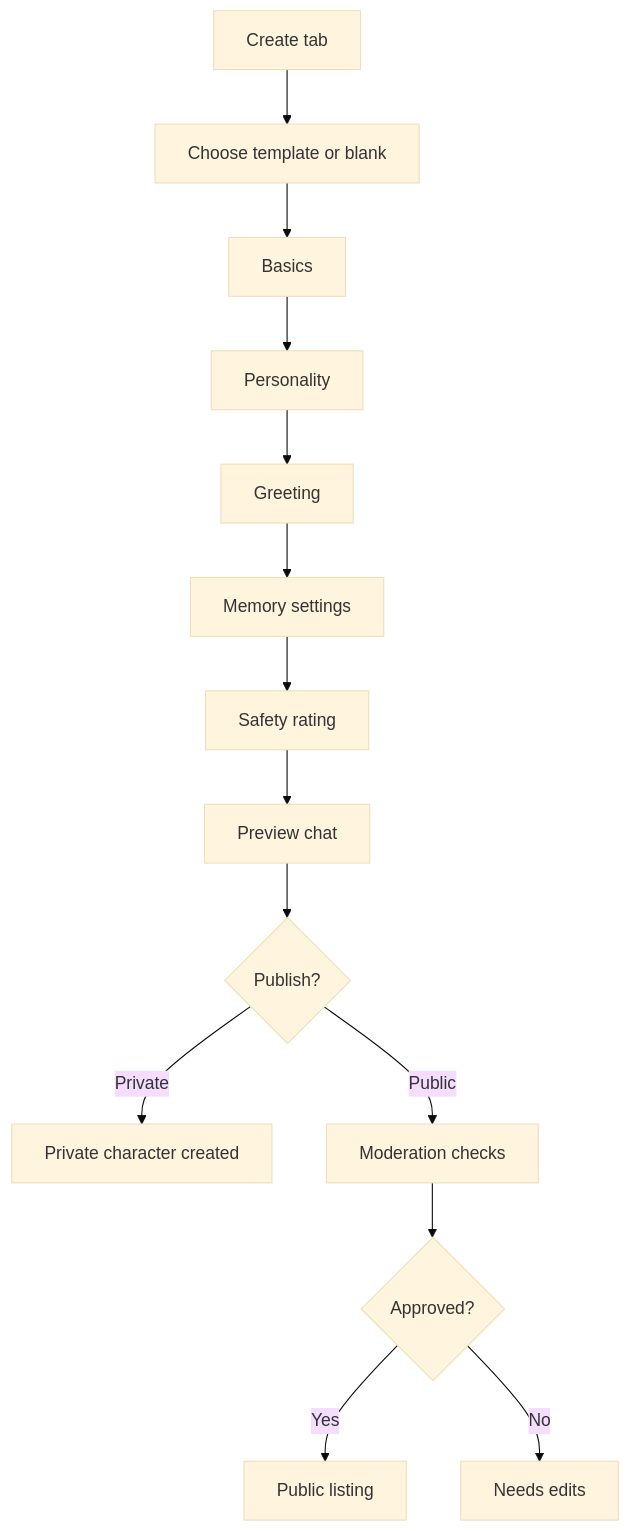
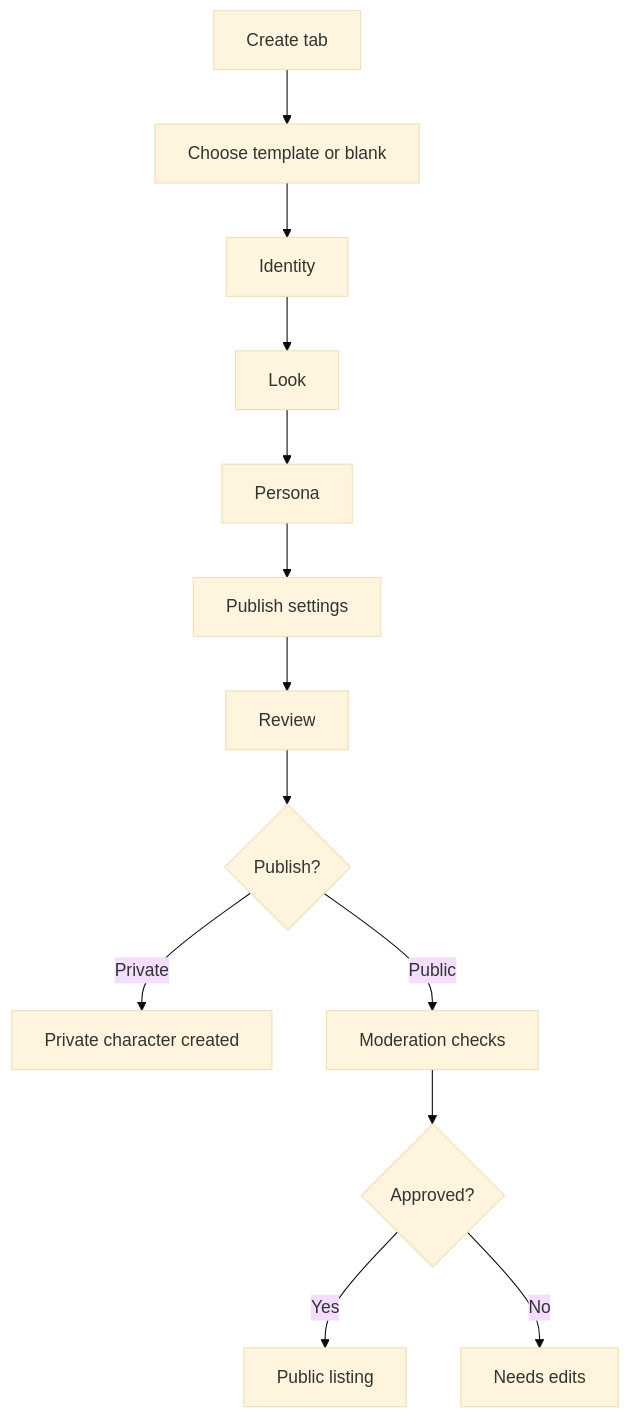
Before and after one commit to Afnanksalal/hana-chat: the eighth of 15 diagrams in docs/hana-chat-user-flows.md, drawn with Mermaid (base theme). The commit also changed other lines of this file and 75 other files, not shown here.

````diff
--- a/docs/hana-chat-user-flows.md
+++ b/docs/hana-chat-user-flows.md
@@ -357,16 +355,15 @@
 ```mermaid
 flowchart TD
   A["Create tab"] --> B["Choose template or blank"]
-  B --> C["Basics"]
-  C --> D["Personality"]
-  D --> E["Greeting"]
-  E --> F["Memory settings"]
-  F --> G["Safety rating"]
-  G --> H["Preview chat"]
-  H --> I{"Publish?"}
+  B --> C["Identity"]
+  C --> D["Look"]
+  D --> E["Persona"]
+  E --> F["Publish settings"]
+  F --> G["Review"]
+  G --> I{"Publish?"}
   I -->|Private| J["Private character created"]
   I -->|Public| K["Moderation checks"]
   K --> L{"Approved?"}
   L -->|Yes| M["Public listing"]
   L -->|No| N["Needs edits"]
 ```
````
